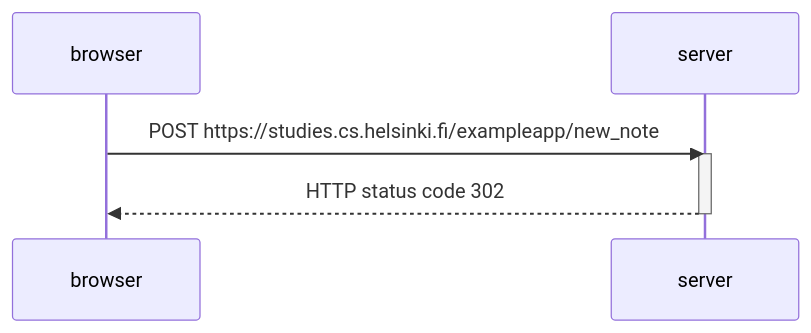
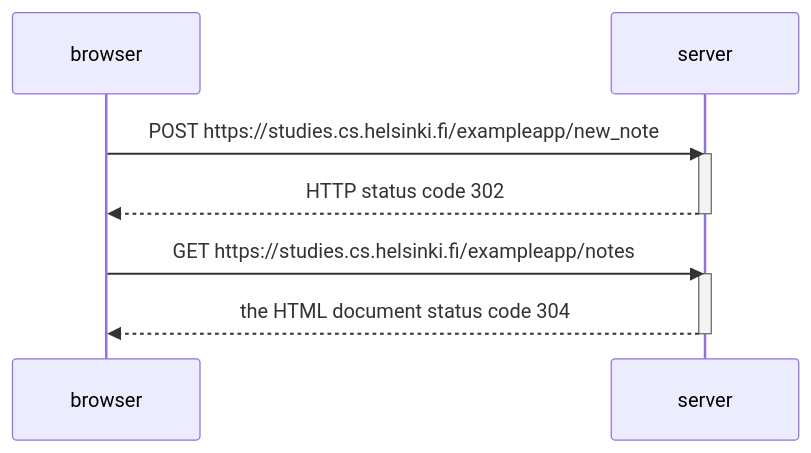
Before and after one commit to nimesha/fullstackopen: the diagram in part0/0.4: New note diagram.md, drawn with Mermaid.

Commit message:
note request

````diff
--- a/part0/0.4: New note diagram.md
+++ b/part0/0.4: New note diagram.md
@@ -1,10 +1,15 @@
 ```mermaid
 sequenceDiagram
     participant browser
     participant server
 
     browser->>server: POST https://studies.cs.helsinki.fi/exampleapp/new_note
     activate server
     server-->>browser: HTTP status code 302
     deactivate server
+
+    browser->>server: GET https://studies.cs.helsinki.fi/exampleapp/notes
+    activate server
+    server-->>browser: the HTML document status code 304
+    deactivate server
 ```
````
